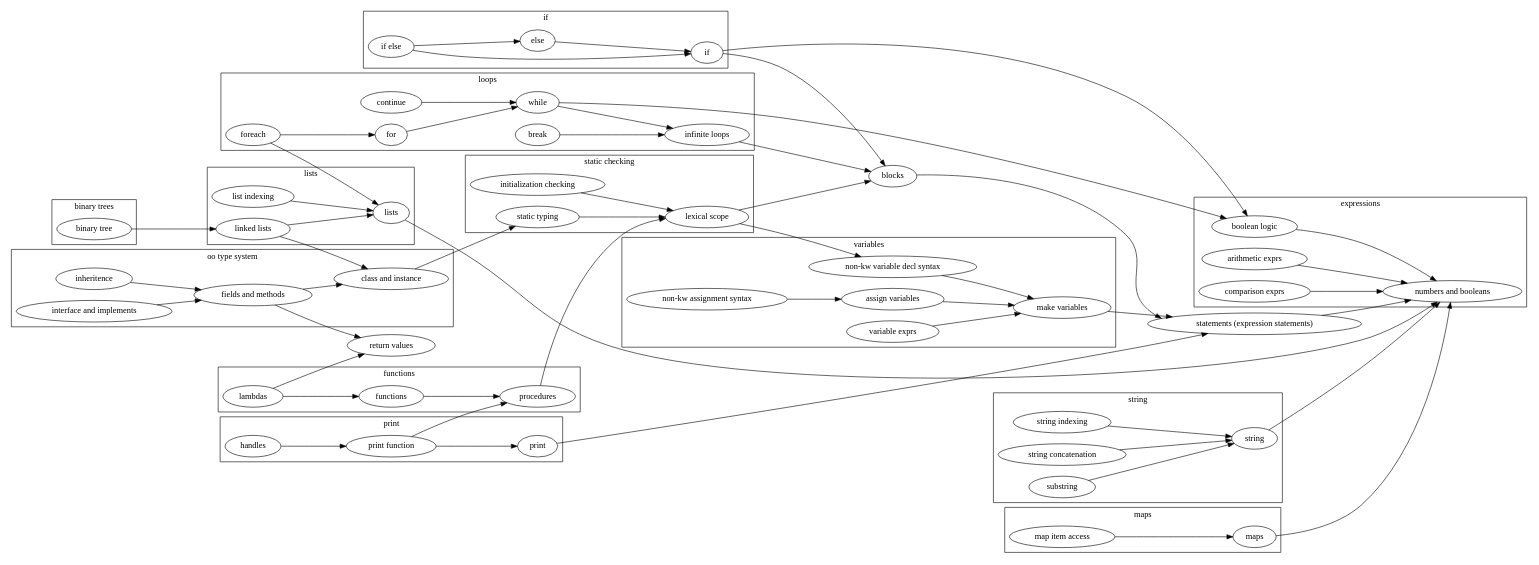
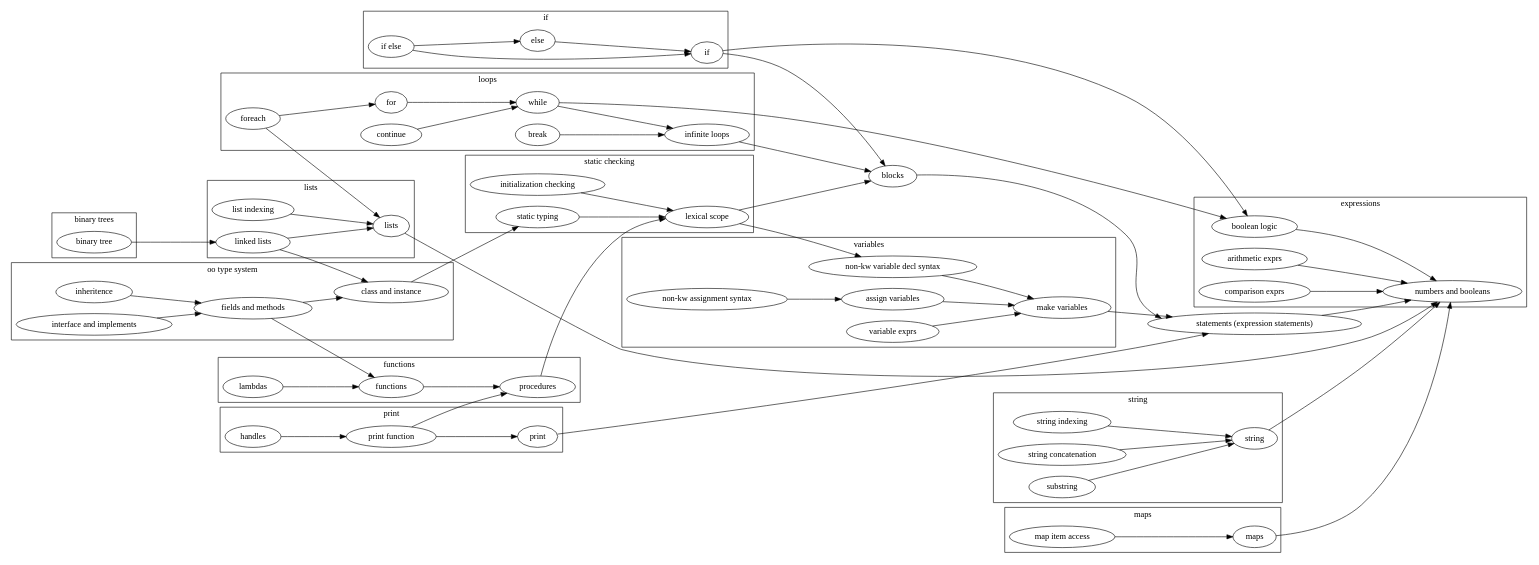
One commit to trampolinecall/pel changed the diagram in features.dot. Above: the diagram before and after it, drawn with Graphviz.

Commit message:
remove return values from features graph

```diff
--- a/features.dot
+++ b/features.dot
@@ -1,163 +1,162 @@
 digraph G {
 	graph [layout=dot rankdir=LR]
 
     subgraph cluster_static {
         label="static checking"
         "static typing"
         "lexical scope"
         "initialization checking"
     }
 
     subgraph cluster_string {
         label="string"
         "string"
         "string concatenation"
         "substring"
         "string indexing"
     }
 
     subgraph cluster_loops {
         label="loops"
         while
         break
         "infinite loops"
         continue
 
         for
         foreach
     }
 
     subgraph cluster_functions {
         label = "functions"
         procedures
         functions
         "lambdas"
     }
 
     subgraph cluster_expressions {
         label = "expressions"
         "numbers and booleans"
         "arithmetic exprs"
         "comparison exprs"
         "boolean logic"
     }
 
     subgraph cluster_lists {
         label = "lists"
         "lists"
         "list indexing"
         "linked lists"
     }
 
     subgraph cluster_maps {
         label = "maps"
         "maps"
         "map item access"
     }
 
     subgraph cluster_binary_tree {
         label = "binary trees"
         "binary tree"
     }
 
     subgraph cluster_variables {
         label = "variables"
 
         "make variables"
         "variable exprs"
         "assign variables"
         "non-kw variable decl syntax"
         "non-kw assignment syntax"
     }
 
     subgraph cluster_print {
         label = "print"
         print
         "print function"
         "handles"
     }
 
     subgraph cluster_if {
         label = "if"
         if
         else
         "if else"
     }
 
     subgraph cluster_oo_type_system {
         label = "oo type system"
         "class and instance"
         "fields and methods"
         "interface and implements"
         "inheritence"
     }
 
     "numbers and booleans"
     "arithmetic exprs" -> "numbers and booleans"
     "boolean logic" -> "numbers and booleans"
 
     stmts [label = "statements (expression statements)"]
     stmts -> "numbers and booleans"
 
     "variable exprs" -> "make variables"
     "make variables" -> stmts
     "assign variables" -> "make variables"
     "non-kw assignment syntax" -> "assign variables"
     "non-kw variable decl syntax" -> "make variables"
 
     print -> stmts
     "print function" -> procedures
     "print function" -> print
     "handles" -> "print function"
 
     procedures -> "lexical scope"
     functions -> procedures
-    "lambdas" -> "return values"
     "lambdas" -> functions
 
     "initialization checking" -> "lexical scope"
 
     "class and instance" -> "static typing"
     "fields and methods" -> "class and instance"
-    "fields and methods" -> "return values"
+    "fields and methods" -> functions
     "interface and implements" -> "fields and methods"
     "inheritence" -> "fields and methods"
 
     blocks -> stmts
 
     if -> blocks
     if -> "boolean logic"
     else -> if
     "if else" -> else
     "if else" -> if
 
     "infinite loops" -> blocks
     "lexical scope" -> blocks
     "lexical scope" -> "non-kw variable decl syntax"
     "static typing" -> "lexical scope"
 
     while -> "infinite loops"
     break -> "infinite loops"
     "continue" -> while
     for -> while
     foreach -> lists
     foreach -> for
     while -> "boolean logic"
 
     "comparison exprs" -> "numbers and booleans"
 
     string -> "numbers and booleans"
     "string concatenation" -> string
     "substring" -> string
     "string indexing" -> string
 
     lists -> "numbers and booleans"
     "list indexing" -> lists
 
     "linked lists" -> "lists"
     "linked lists" -> "class and instance"
     "binary tree" -> "linked lists"
 
     maps -> "numbers and booleans"
     "map item access" -> maps
 }
```
